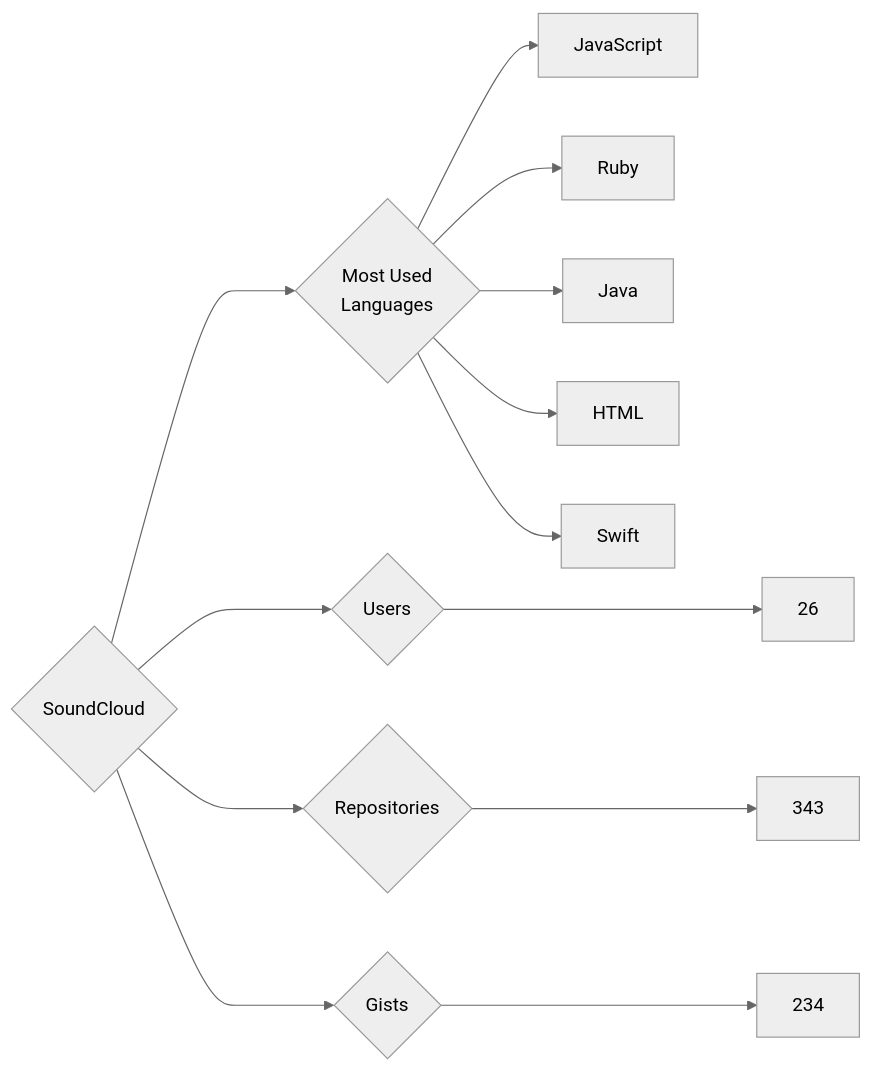
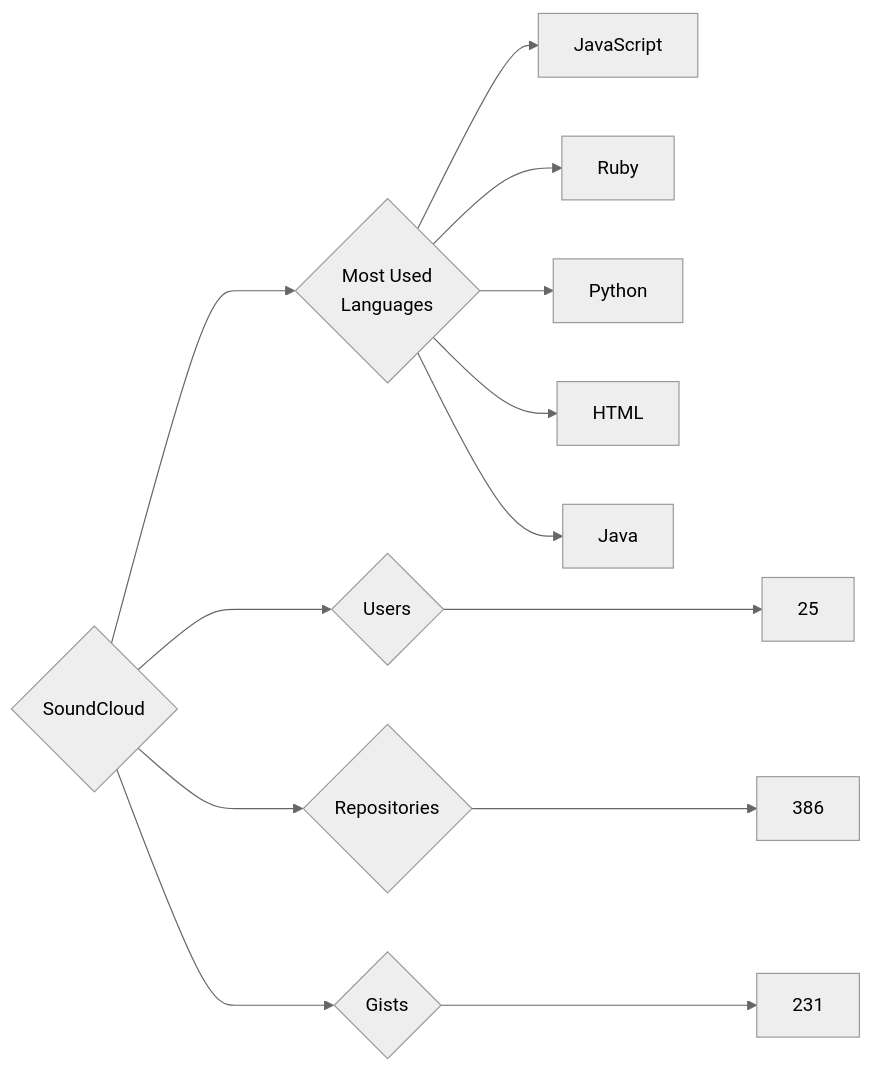
The diagram in targets/SoundCloud/README.md (trickest/insiders), drawn with Mermaid (neutral theme) before and after one commit. The commit also changed 970 other files, not shown here.

````diff
--- a/targets/SoundCloud/README.md
+++ b/targets/SoundCloud/README.md
@@ -3,13 +3,13 @@
 ```mermaid
 graph LR
 COMPANY_NAME{SoundCloud}
-COMPANY_NAME ---> U{Users} ---> UN[26]
-COMPANY_NAME ---> R{Repositories} ---> RN[343]
-COMPANY_NAME ---> G{Gists} ---> GN[234]
+COMPANY_NAME ---> U{Users} ---> UN[25]
+COMPANY_NAME ---> R{Repositories} ---> RN[386]
+COMPANY_NAME ---> G{Gists} ---> GN[231]
 COMPANY_NAME ---> ML{Most Used<br>Languages}
 ML --> JavaScript[JavaScript]
 ML --> Ruby[Ruby]
+ML --> Python[Python]
+ML --> HTML[HTML]
 ML --> Java[Java]
-ML --> HTML[HTML]
-ML --> Swift[Swift]
 ```
````
